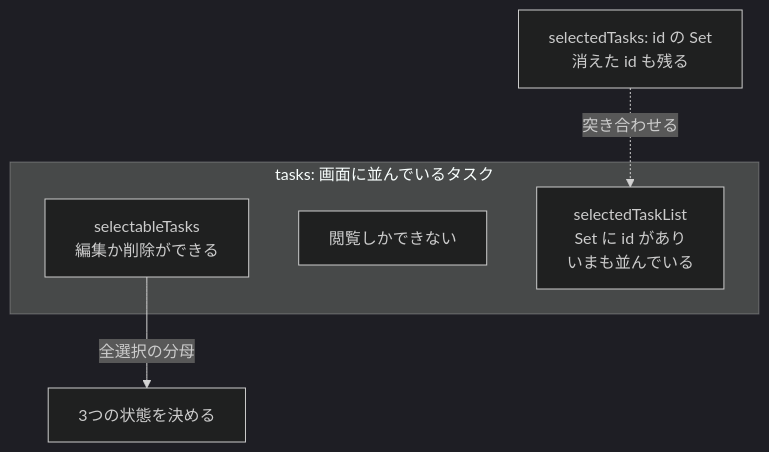
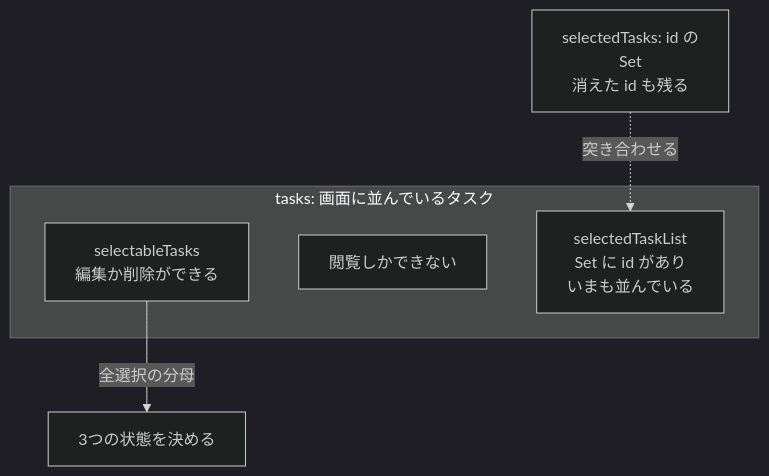
Before and after one commit to kouiso/task-app: the second of 2 diagrams in material/30days-curriculum/day28_タスク一括操作を実装しよう.md, drawn with Mermaid (dark theme). The commit also changed other lines of this file and 24 other files, not shown here.

First line of the commit message:
fix(material): Mermaid 図のファイル名キャプションとノード途中折れを直す (#457) (#718)

````diff
--- a/material/30days-curriculum/day28_タスク一括操作を実装しよう.md
+++ b/material/30days-curriculum/day28_タスク一括操作を実装しよう.md
@@ -627,11 +627,11 @@
 ```mermaid
 flowchart TB
     subgraph T["tasks: 画面に並んでいるタスク"]
       SE["selectableTasks<br/>編集か削除ができる"]
       RO["閲覧しかできない"]
       SL["selectedTaskList<br/>Set に id があり<br/>いまも並んでいる"]
     end
-    ST["selectedTasks: id の Set<br/>消えた id も残る"]
+    ST["selectedTasks: id の<br/>Set<br/>消えた id も残る"]
     ST -.->|"突き合わせる"| SL
     SE -->|"全選択の分母"| CB["3つの状態を決める"]
 ```
````
